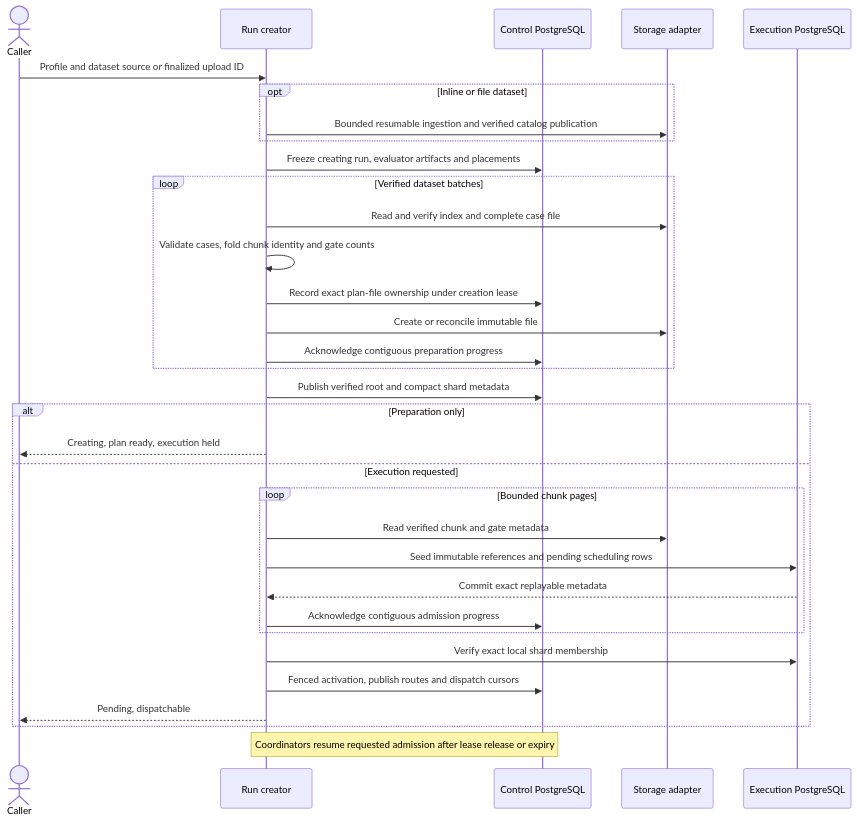
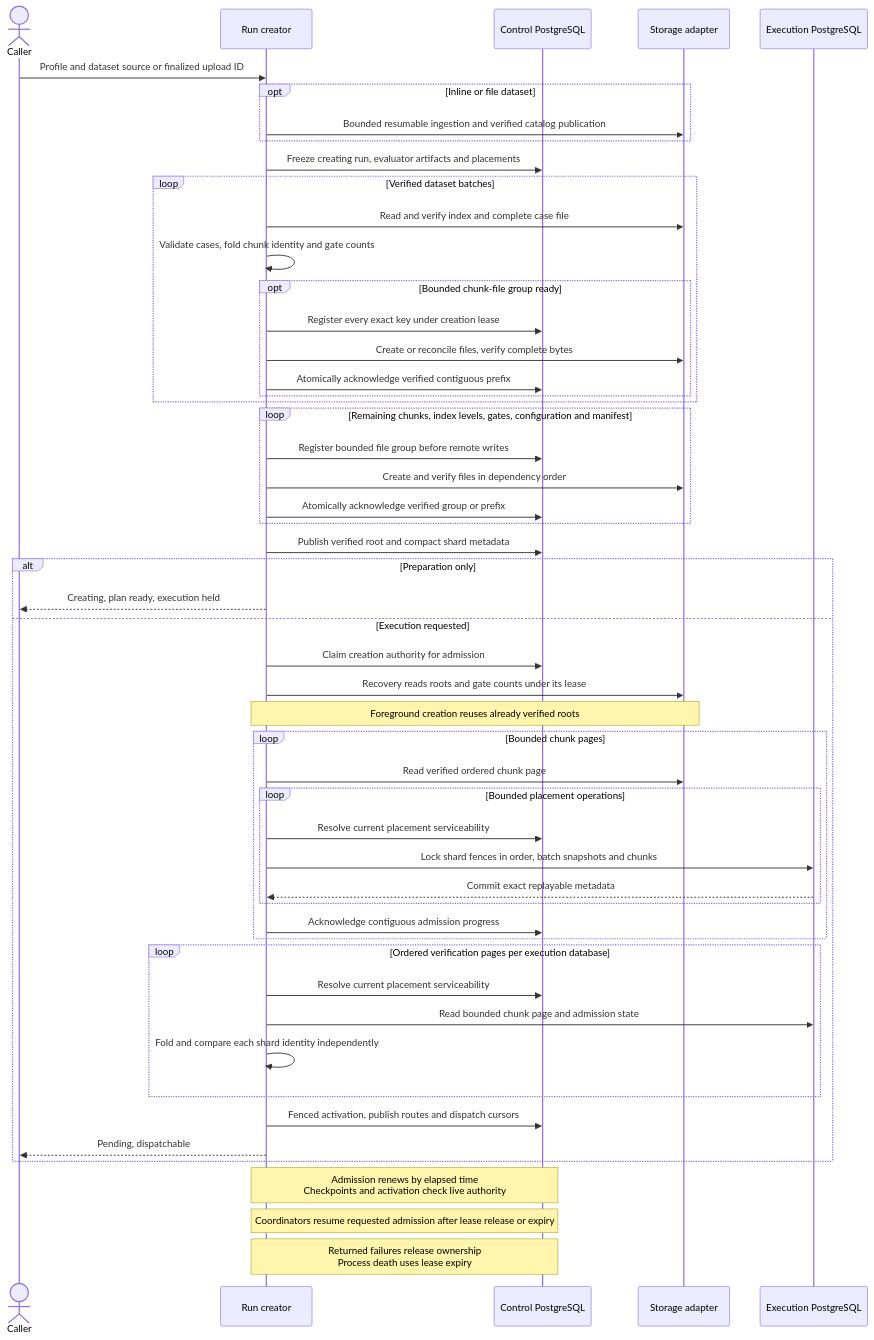
Before and after one commit to agent-vigilo/vigilo: the diagram in web/docs/architecture/case-storage/preparation-flow.mmd, drawn with Mermaid. The commit also changed 65 other files, not shown here.

```diff
--- a/web/docs/architecture/case-storage/preparation-flow.mmd
+++ b/web/docs/architecture/case-storage/preparation-flow.mmd
@@ -1,33 +1,52 @@
 sequenceDiagram
     actor Caller
     participant Creator as Run creator
     participant Control as Control PostgreSQL
     participant Objects as Storage adapter
     participant Local as Execution PostgreSQL
     Caller->>Creator: Profile and dataset source or finalized upload ID
     opt Inline or file dataset
         Creator->>Objects: Bounded resumable ingestion and verified catalog publication
     end
     Creator->>Control: Freeze creating run, evaluator artifacts and placements
     loop Verified dataset batches
         Creator->>Objects: Read and verify index and complete case file
         Creator->>Creator: Validate cases, fold chunk identity and gate counts
-        Creator->>Control: Record exact plan-file ownership under creation lease
-        Creator->>Objects: Create or reconcile immutable file
-        Creator->>Control: Acknowledge contiguous preparation progress
+        opt Bounded chunk-file group ready
+            Creator->>Control: Register every exact key under creation lease
+            Creator->>Objects: Create or reconcile files, verify complete bytes
+            Creator->>Control: Atomically acknowledge verified contiguous prefix
+        end
+    end
+    loop Remaining chunks, index levels, gates, configuration and manifest
+        Creator->>Control: Register bounded file group before remote writes
+        Creator->>Objects: Create and verify files in dependency order
+        Creator->>Control: Atomically acknowledge verified group or prefix
     end
     Creator->>Control: Publish verified root and compact shard metadata
     alt Preparation only
         Creator-->>Caller: Creating, plan ready, execution held
     else Execution requested
+        Creator->>Control: Claim creation authority for admission
+        Creator->>Objects: Recovery reads roots and gate counts under its lease
+        Note over Creator,Objects: Foreground creation reuses already verified roots
         loop Bounded chunk pages
-            Creator->>Objects: Read verified chunk and gate metadata
-            Creator->>Local: Seed immutable references and pending scheduling rows
-            Local-->>Creator: Commit exact replayable metadata
+            Creator->>Objects: Read verified ordered chunk page
+            loop Bounded placement operations
+                Creator->>Control: Resolve current placement serviceability
+                Creator->>Local: Lock shard fences in order, batch snapshots and chunks
+                Local-->>Creator: Commit exact replayable metadata
+            end
             Creator->>Control: Acknowledge contiguous admission progress
         end
-        Creator->>Local: Verify exact local shard membership
+        loop Ordered verification pages per execution database
+            Creator->>Control: Resolve current placement serviceability
+            Creator->>Local: Read bounded chunk page and admission state
+            Creator->>Creator: Fold and compare each shard identity independently
+        end
         Creator->>Control: Fenced activation, publish routes and dispatch cursors
         Creator-->>Caller: Pending, dispatchable
     end
+    Note over Creator,Control: Admission renews by elapsed time<br/>Checkpoints and activation check live authority
     Note over Creator,Control: Coordinators resume requested admission after lease release or expiry
+    Note over Creator,Control: Returned failures release ownership<br/>Process death uses lease expiry
```
